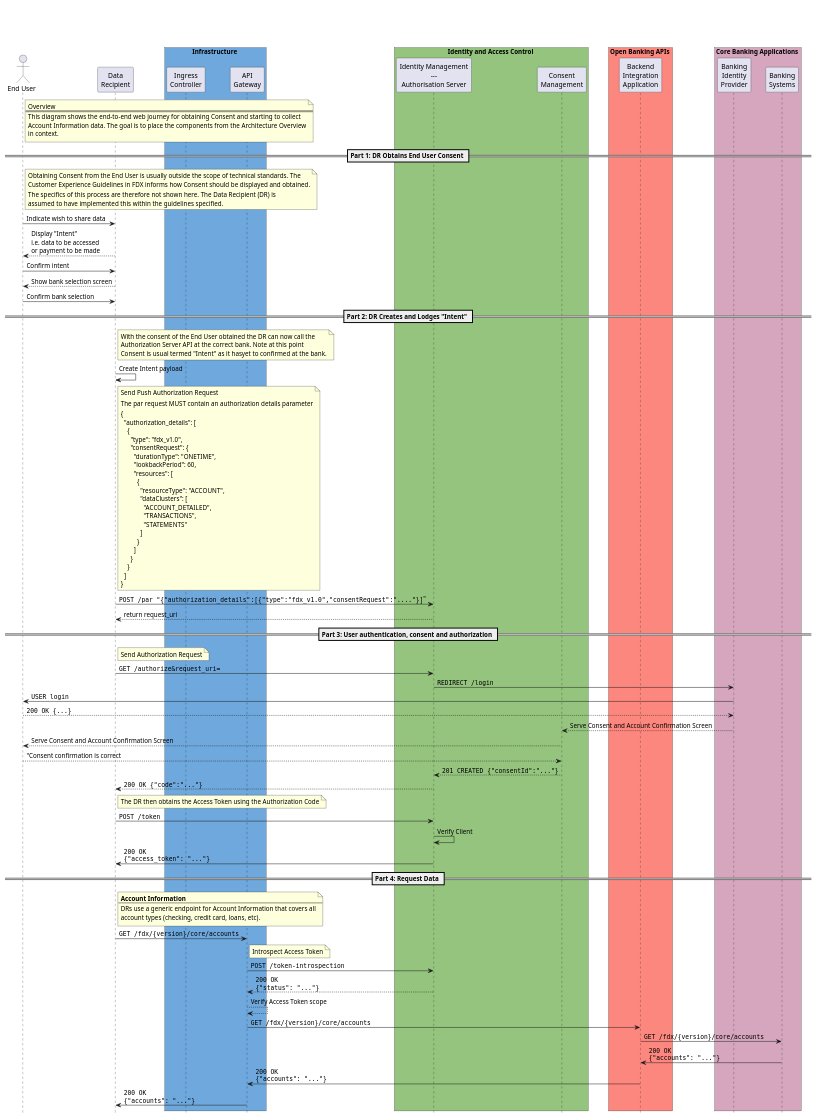
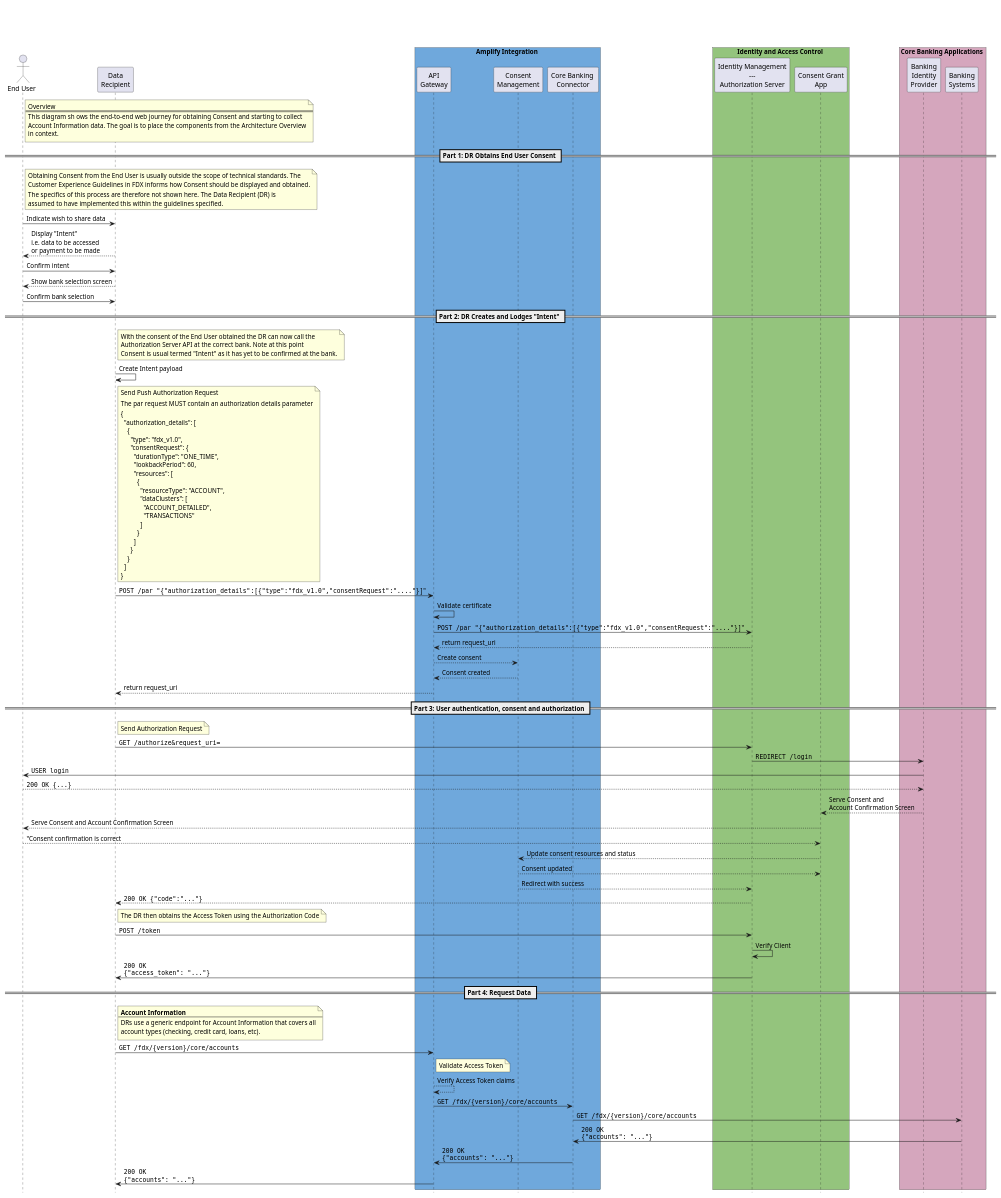
Before and after one commit to Axway/open-banking-docs: the diagram in src/plant-uml/fdx-end-to-end-web-journey.puml, drawn with PlantUML. The commit also changed 20 other files, not shown here.

Commit message:
updated functional architecture

```diff
--- a/src/plant-uml/fdx-end-to-end-web-journey.puml
+++ b/src/plant-uml/fdx-end-to-end-web-journey.puml
@@ -1,150 +1,142 @@
 @startuml FDX_Web_Journey_Sequence
 
 title \n\n\n
 
 actor "End User" as PSU
 participant "Data\nRecipient" as DR
 
-box Infrastructure #6FA8DC
-participant "Ingress\nController" as INGRESS
+box Amplify Integration #6FA8DC
 participant "API\nGateway" as API_GATEWAY
+participant "Consent\nManagement" as CONSENT
+participant "Core Banking \nConnector" as CBC
 end box
 
 box Identity and Access Control #94c47d
-participant "Identity Management\n---\nAuthorisation Server" as IAM
-participant "Consent\nManagement" as CONSENT
-end box
-
-box Open Banking APIs #fc877e
-participant "Backend\nIntegration\nApplication" as BIA
+participant "Identity Management\n---\nAuthorization Server" as IAM
+participant "Consent Grant\nApp" as CONSENT_WEB
 end box
 
 box Core Banking Applications #d5a6bd
 participant "Banking\nIdentity\nProvider" as ASPSP_WEB
 participant "Banking\nSystems" as ASPSP_API
 end box
-
-/'
-box Open Banking Directory
-participant "Participants\nList" as OBD_PARTICIPANTS
-participant "JSON Web\nKey Set" as OBD_JWKS
-end box
-
-participant "Certificate\nAuthority\n---\nOCSP Endpoint" as OCSP
-'/
 
 hide footbox
 'skinparam defaultFontName Roboto
 skinparam BoxPadding 20
 
 note right of PSU
 Overview
 ===
-This diagram shows the end-to-end web journey for obtaining Consent and starting to collect
+This diagram sh ows the end-to-end web journey for obtaining Consent and starting to collect
 Account Information data. The goal is to place the components from the Architecture Overview
 in context.
 end note
 
 == Part 1: DR Obtains End User Consent ==
 
 note right of PSU
 Obtaining Consent from the End User is usually outside the scope of technical standards. The
 Customer Experience Guidelines in FDX informs how Consent should be displayed and obtained.
 |||
 The specifics of this process are therefore not shown here. The Data Recipient (DR) is
 assumed to have implemented this within the guidelines specified.
 end note
 
 PSU -> DR: Indicate wish to share data
 PSU <-- DR: Display "Intent"\ni.e. data to be accessed\nor payment to be made
 PSU -> DR: Confirm intent
 PSU <-- DR: Show bank selection screen
 PSU -> DR: Confirm bank selection
 
 == Part 2: DR Creates and Lodges "Intent" ==
 
 note right of DR
 With the consent of the End User obtained the DR can now call the 
 Authorization Server API at the correct bank. Note at this point 
-Consent is usual termed "Intent" as it hasyet to confirmed at the bank.
+Consent is usual termed "Intent" as it has yet to be confirmed at the bank.
 end note
 
 DR -> DR: Create Intent payload
 
 note right of DR
 Send Push Authorization Request
 |||
 The par request MUST contain an authorization details parameter
 |||
 {
   "authorization_details": [
     {
       "type": "fdx_v1.0",
       "consentRequest": {
-        "durationType": "ONETIME",
+        "durationType": "ONE_TIME",
         "lookbackPeriod": 60,
         "resources": [
           {
             "resourceType": "ACCOUNT",
             "dataClusters": [
               "ACCOUNT_DETAILED",
-              "TRANSACTIONS",
-              "STATEMENTS"
+              "TRANSACTIONS"
             ]
           }
         ]
       }
     }
   ]
 }
 end note
 
-DR -> IAM: ""POST /par "{"authorization_details":[{"type":"fdx_v1.0","consentRequest":"...."}]"""
-DR <-- IAM: return request_uri
+DR -> API_GATEWAY: ""POST /par "{"authorization_details":[{"type":"fdx_v1.0","consentRequest":"...."}]"""
+API_GATEWAY -> API_GATEWAY: Validate certificate
+API_GATEWAY -> IAM: ""POST /par "{"authorization_details":[{"type":"fdx_v1.0","consentRequest":"...."}]"""
+API_GATEWAY <-- IAM: return request_uri
+API_GATEWAY --> CONSENT: Create consent
+API_GATEWAY <-- CONSENT: Consent created
+DR <-- API_GATEWAY: return request_uri
 
 == Part 3: User authentication, consent and authorization ==
 
 note right of DR
 Send Authorization Request
 end note
 
 DR -> IAM: ""GET /authorize&request_uri=""
 IAM -> ASPSP_WEB: ""REDIRECT /login""
 ASPSP_WEB -> PSU: ""USER login""
 PSU --> ASPSP_WEB: ""200 OK {...}""
-ASPSP_WEB --> CONSENT: Serve Consent and Account Confirmation Screen
-CONSENT --> PSU: Serve Consent and Account Confirmation Screen
-PSU --> CONSENT: "Consent confirmation is correct
-CONSENT --> IAM: ""201 CREATED {"consentId":"..."}""
+ASPSP_WEB --> CONSENT_WEB: Serve Consent and\nAccount Confirmation Screen
+CONSENT_WEB --> PSU: Serve Consent and Account Confirmation Screen
+PSU --> CONSENT_WEB: "Consent confirmation is correct
+CONSENT_WEB --> CONSENT: Update consent resources and status
+CONSENT --> CONSENT_WEB: Consent updated
+CONSENT --> IAM: Redirect with success
 IAM --> DR: ""200 OK {"code":"..."}""
 
 note right of DR
 The DR then obtains the Access Token using the Authorization Code
 end note
 
 DR -> IAM: ""POST /token""
 IAM -> IAM: Verify Client
 DR <- IAM: ""200 OK""\n""{"access_token": "..."}""
 
 == Part 4: Request Data ==
 note right of DR
 **Account Information**
 ---
 DRs use a generic endpoint for Account Information that covers all
 account types (checking, credit card, loans, etc).
 end note
 
 DR -> API_GATEWAY: ""GET /fdx/{version}/core/accounts""
 note right of API_GATEWAY
-Introspect Access Token
+Validate Access Token
 end note
-API_GATEWAY -> IAM: ""POST /token-introspection""
-IAM --> API_GATEWAY: ""200 OK""\n""{"status": "..."}""
-API_GATEWAY --> API_GATEWAY: Verify Access Token scope
-API_GATEWAY -> BIA: ""GET /fdx/{version}/core/accounts""
-BIA -> ASPSP_API: ""GET /fdx/{version}/core/accounts""
-ASPSP_API -> BIA: ""200 OK""\n""{"accounts": "..."}""
-BIA -> API_GATEWAY: ""200 OK""\n""{"accounts": "..."}""
+API_GATEWAY --> API_GATEWAY: Verify Access Token claims
+API_GATEWAY -> CBC: ""GET /fdx/{version}/core/accounts""
+CBC -> ASPSP_API: ""GET /fdx/{version}/core/accounts""
+ASPSP_API -> CBC: ""200 OK""\n""{"accounts": "..."}""
+CBC -> API_GATEWAY: ""200 OK""\n""{"accounts": "..."}""
 API_GATEWAY -> DR: ""200 OK""\n""{"accounts": "..."}""
 
 @enduml
```
